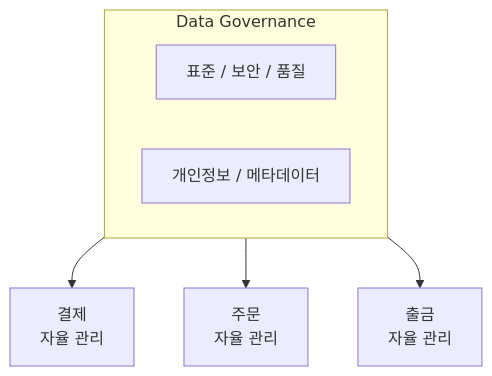
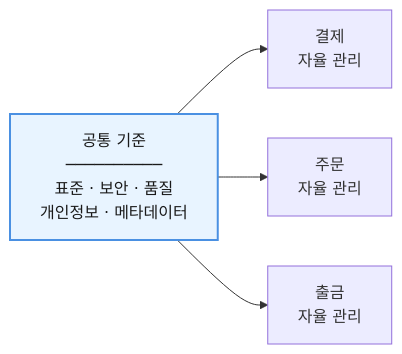
The fifth of 7 diagrams in 모던 데이터 아키텍처/6장. 데이터 소유권.md (i31pc17/bitbook), drawn with Mermaid before and after one commit. The commit also changed other lines of this file and 5 other files, not shown here.

````diff
--- a/모던 데이터 아키텍처/6장. 데이터 소유권.md
+++ b/모던 데이터 아키텍처/6장. 데이터 소유권.md
@@ -300,10 +241,10 @@
 ```mermaid
-flowchart TD
-    subgraph gov["Data Governance"]
-        g1["표준 / 보안 / 품질"]
-        g2["개인정보 / 메타데이터"]
-    end
-    gov --> a["결제<br/>자율 관리"]
-    gov --> b["주문<br/>자율 관리"]
-    gov --> c["출금<br/>자율 관리"]
+flowchart LR
+    GOV["공통 기준<br/>──────────<br/>표준 · 보안 · 품질<br/>개인정보 · 메타데이터"]
+
+    GOV --> A["결제<br/>자율 관리"]
+    GOV --> B["주문<br/>자율 관리"]
+    GOV --> C["출금<br/>자율 관리"]
+
+    style GOV fill:#e8f4ff,stroke:#4a90e2,stroke-width:2px,color:#1a1a1a
 ```
````
